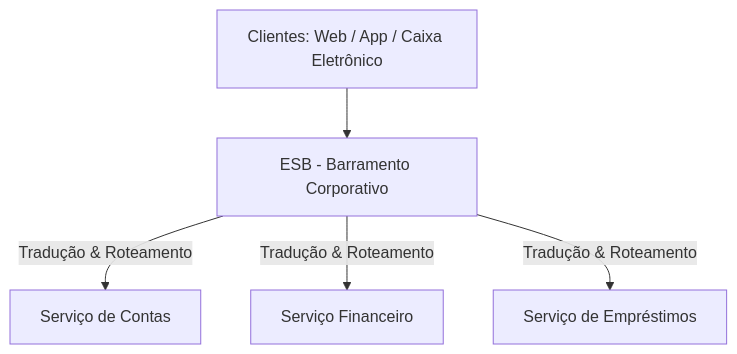
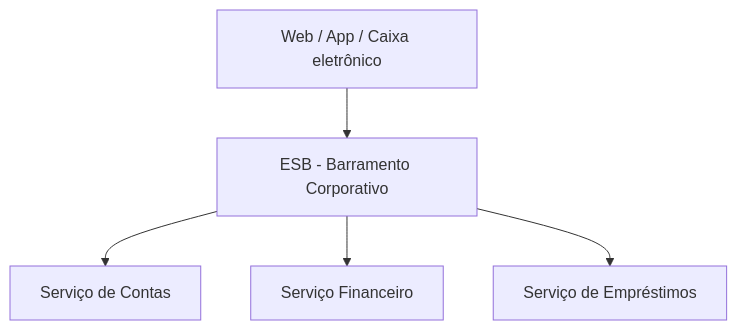
One commit to MaicomMRampi/software-architecture-handbook changed the second of 4 diagrams in Arquiteto de Software/01 Fundamentos em arquitetura de software/06 Estilos arquiteturais distribuidos.md. Above: the diagram before and after it, drawn with Mermaid. The commit also changed other lines of this file and 43 other files, not shown here.

````diff
--- a/Arquiteto de Software/01 Fundamentos em arquitetura de software/06 Estilos arquiteturais distribuidos.md
+++ b/Arquiteto de Software/01 Fundamentos em arquitetura de software/06 Estilos arquiteturais distribuidos.md
@@ -44,7 +62,7 @@
 ```mermaid
 graph TD
-    Client[Clientes: Web / App / Caixa Eletrônico] --> ESB[ESB - Barramento Corporativo]
-    ESB -->|Tradução & Roteamento| S1[Serviço de Contas]
-    ESB -->|Tradução & Roteamento| S2[Serviço Financeiro]
-    ESB -->|Tradução & Roteamento| S3[Serviço de Empréstimos]    
+    Client[Web / App / Caixa eletrônico] --> ESB[ESB - Barramento Corporativo]
+    ESB --> S1[Serviço de Contas]
+    ESB --> S2[Serviço Financeiro]
+    ESB --> S3[Serviço de Empréstimos]
 ```
````
